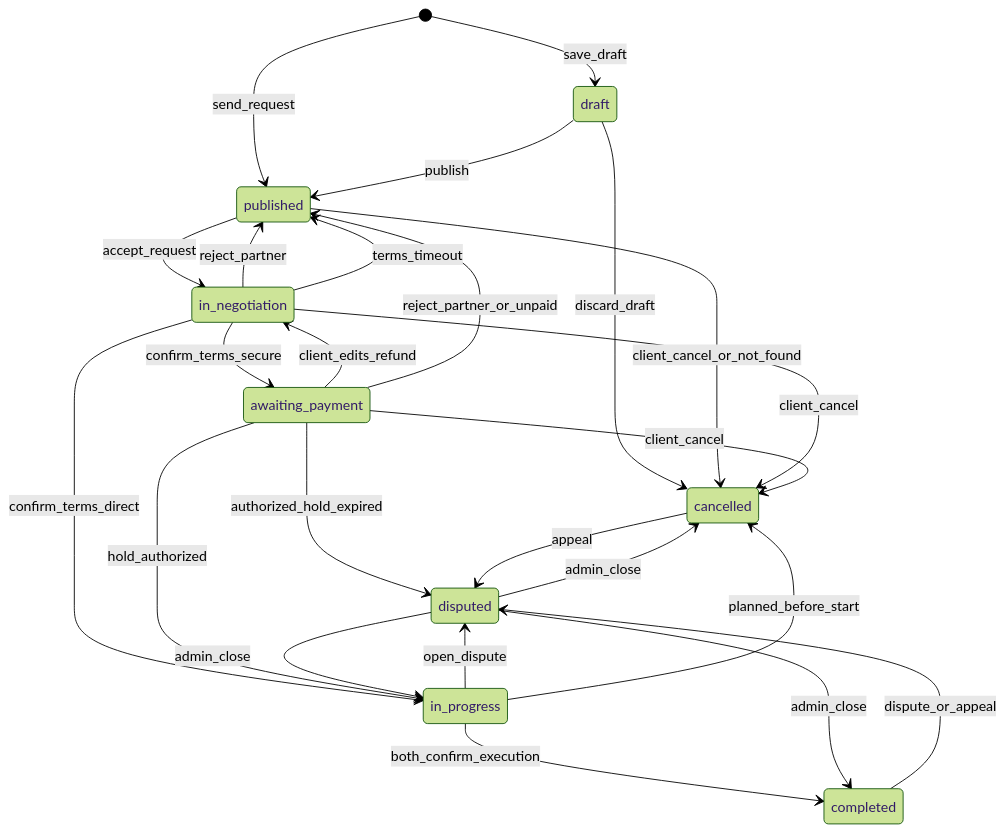
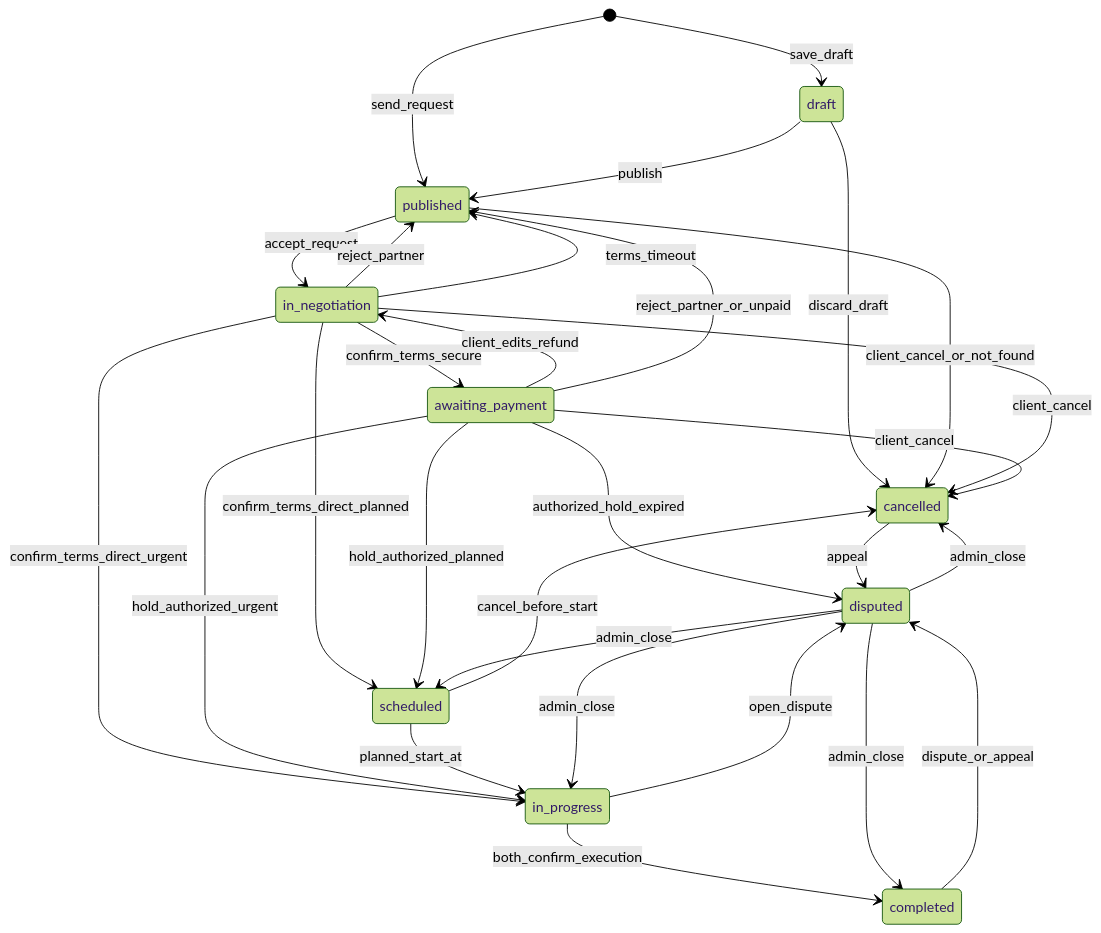
Before and after one commit to DefK1lla/spectaxi: the diagram in docs/ORDER_STATE_MACHINE.md, drawn with Mermaid (forest theme). The commit also changed other lines of this file and 12 other files, not shown here.

First line of the commit message:
Document architecture-review decisions for orders, payments, and soft occupancy.

````diff
--- a/docs/ORDER_STATE_MACHINE.md
+++ b/docs/ORDER_STATE_MACHINE.md
@@ -165,34 +258,39 @@
 ```mermaid
 stateDiagram-v2
     [*] --> draft: save_draft
     [*] --> published: send_request
 
     draft --> published: publish
     draft --> cancelled: discard_draft
 
     published --> in_negotiation: accept_request
     published --> cancelled: client_cancel_or_not_found
 
     in_negotiation --> published: reject_partner
     in_negotiation --> published: terms_timeout
     in_negotiation --> cancelled: client_cancel
     in_negotiation --> awaiting_payment: confirm_terms_secure
-    in_negotiation --> in_progress: confirm_terms_direct
+    in_negotiation --> in_progress: confirm_terms_direct_urgent
+    in_negotiation --> scheduled: confirm_terms_direct_planned
 
     awaiting_payment --> in_negotiation: client_edits_refund
     awaiting_payment --> published: reject_partner_or_unpaid
-    awaiting_payment --> in_progress: hold_authorized
+    awaiting_payment --> in_progress: hold_authorized_urgent
+    awaiting_payment --> scheduled: hold_authorized_planned
     awaiting_payment --> cancelled: client_cancel
     awaiting_payment --> disputed: authorized_hold_expired
 
+    scheduled --> in_progress: planned_start_at
+    scheduled --> cancelled: cancel_before_start
+
     in_progress --> completed: both_confirm_execution
     in_progress --> disputed: open_dispute
-    in_progress --> cancelled: planned_before_start
 
     completed --> disputed: dispute_or_appeal
     cancelled --> disputed: appeal
 
     disputed --> completed: admin_close
     disputed --> cancelled: admin_close
     disputed --> in_progress: admin_close
+    disputed --> scheduled: admin_close
 ```
````
